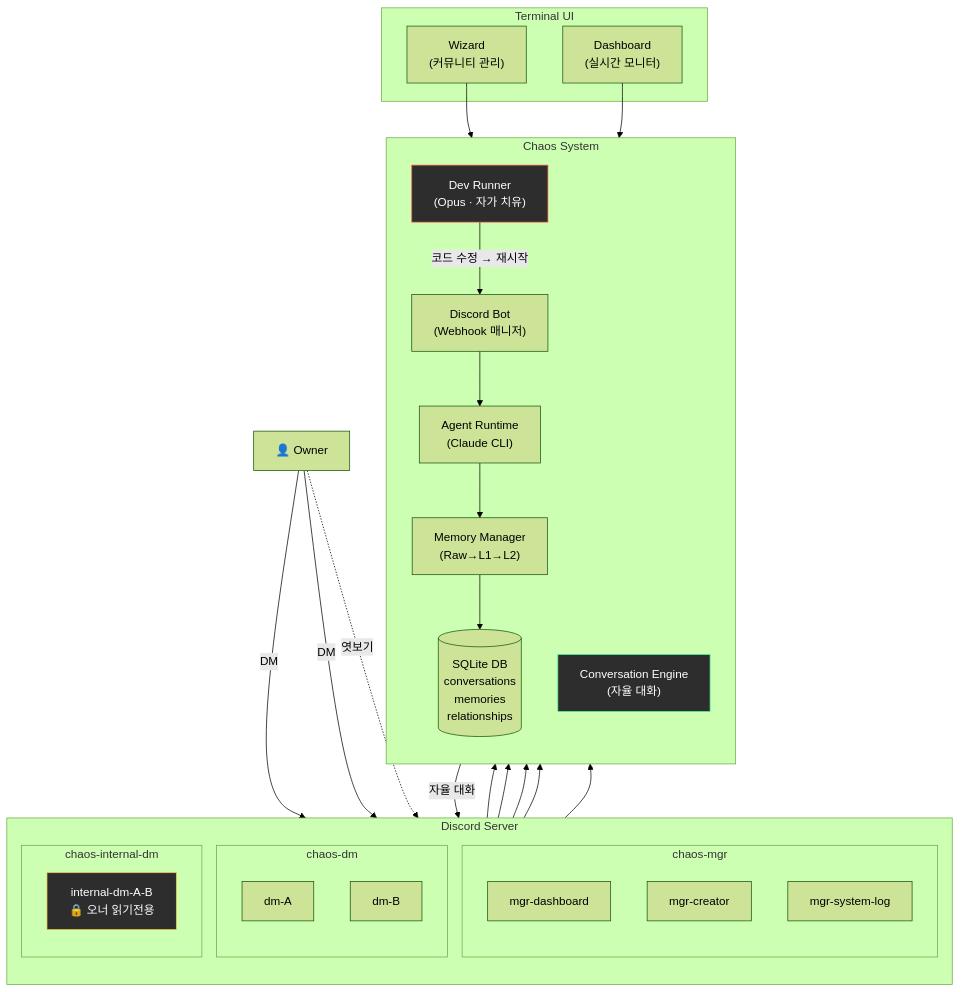
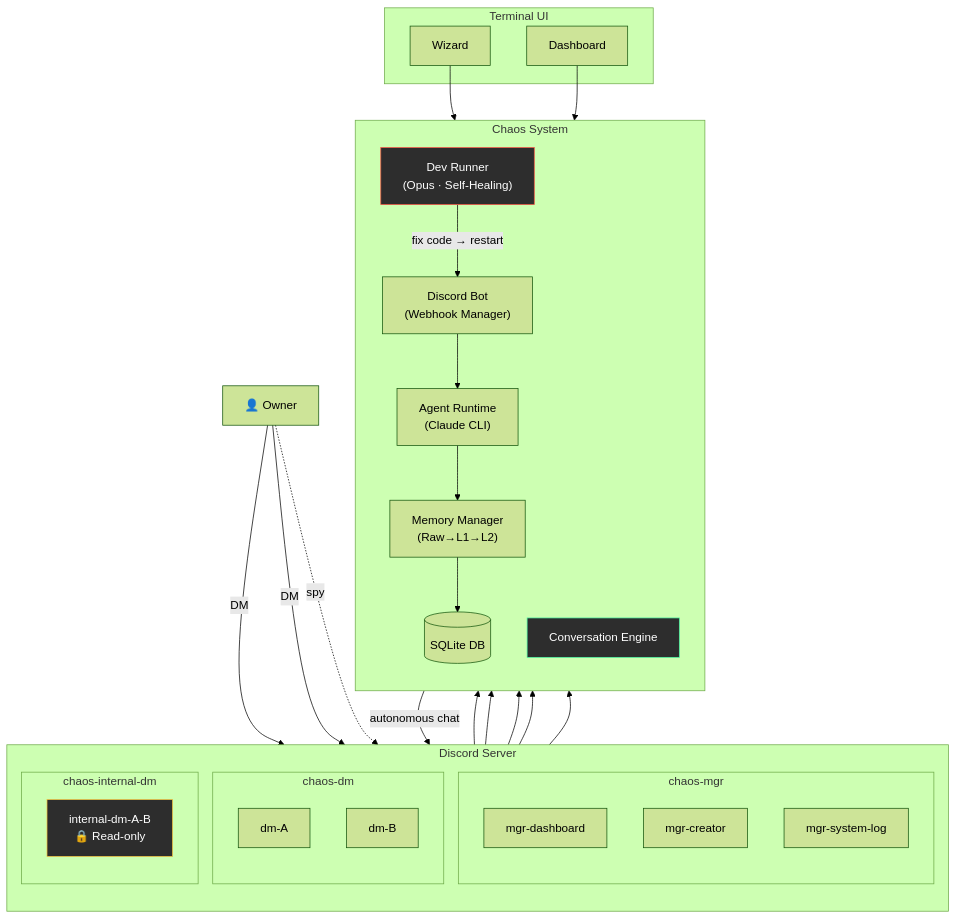
Before and after one commit to je-empty/Glimi: the first of 4 diagrams in README.md, drawn with Mermaid (forest theme). The commit also changed other lines of this file and 1 other file, not shown here.

First line of the commit message:
README: English + Korean split, improved agent structure diagram

````diff
--- a/README.md
+++ b/README.md
@@ -53,54 +52,47 @@
 ```mermaid
 graph TB
     Owner["👤 Owner"]
 
     subgraph Discord["Discord Server"]
         direction TB
         subgraph chaos_mgr["chaos-mgr"]
             Dashboard["mgr-dashboard"]
             MgrCreator["mgr-creator"]
             SysLog["mgr-system-log"]
         end
         subgraph chaos_dm["chaos-dm"]
             DM_A["dm-A"]
             DM_B["dm-B"]
         end
         subgraph chaos_internal["chaos-internal-dm"]
-            INT_AB["internal-dm-A-B<br/>🔒 오너 읽기전용"]
+            INT_AB["internal-dm-A-B<br/>🔒 Read-only"]
         end
     end
 
     subgraph System["Chaos System"]
         direction TB
-        Bot["Discord Bot<br/>(Webhook 매니저)"]
+        Bot["Discord Bot<br/>(Webhook Manager)"]
         Runtime["Agent Runtime<br/>(Claude CLI)"]
         Memory["Memory Manager<br/>(Raw→L1→L2)"]
-        DB[("SQLite DB<br/>conversations<br/>memories<br/>relationships")]
-        ConvEngine["Conversation Engine<br/>(자율 대화)"]
-        DevRunner["Dev Runner<br/>(Opus · 자가 치유)"]
+        DB[("SQLite DB")]
+        ConvEngine["Conversation Engine"]
+        DevRunner["Dev Runner<br/>(Opus · Self-Healing)"]
     end
 
     subgraph TUI["Terminal UI"]
-        Wizard["Wizard<br/>(커뮤니티 관리)"]
-        Dash["Dashboard<br/>(실시간 모니터)"]
+        Wizard["Wizard"]
+        Dash["Dashboard"]
     end
 
-    Owner -->|"DM"| DM_A
-    Owner -->|"DM"| DM_B
-    Owner -.->|"엿보기"| INT_AB
-    DM_A & DM_B --> Bot
-    INT_AB --> Bot
-    Dashboard --> Bot
-    MgrCreator --> Bot
-    Bot --> Runtime
-    Runtime --> Memory
-    Memory --> DB
-    ConvEngine -->|"자율 대화"| INT_AB
-    DevRunner -->|"코드 수정 → 재시작"| Bot
-    Wizard --> Bot
-    Dash --> Bot
+    Owner -->|"DM"| DM_A & DM_B
+    Owner -.->|"spy"| INT_AB
+    DM_A & DM_B & INT_AB & Dashboard & MgrCreator --> Bot
+    Bot --> Runtime --> Memory --> DB
+    ConvEngine -->|"autonomous chat"| INT_AB
+    DevRunner -->|"fix code → restart"| Bot
+    Wizard & Dash --> Bot
 
     style INT_AB fill:#2d2d2d,stroke:#f5c542,color:#fff
     style DevRunner fill:#2d2d2d,stroke:#f55142,color:#fff
     style ConvEngine fill:#2d2d2d,stroke:#4af5a3,color:#fff
 ```
````
